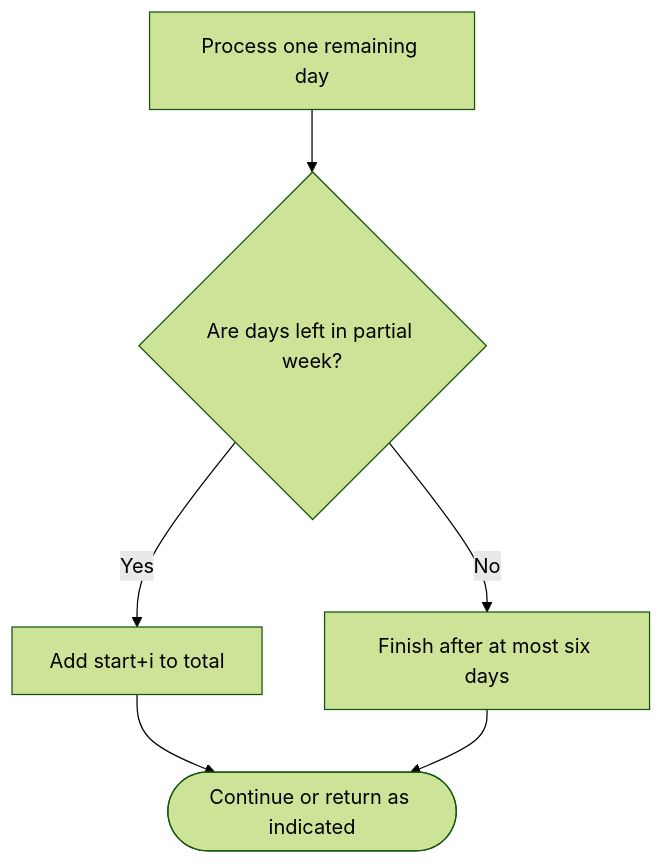
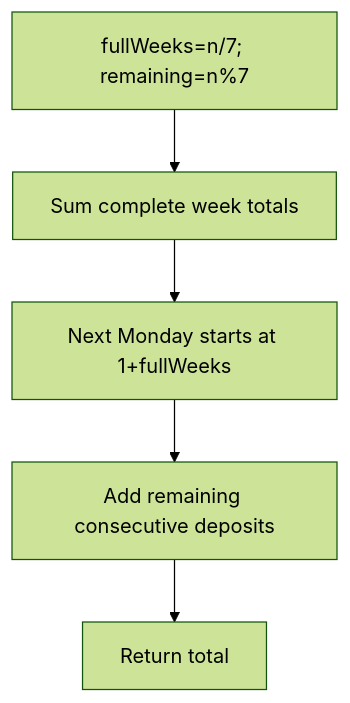
Before and after one commit to SAIDEEPBHANGE/C-CPP-Codes: the diagram in LeetCode/1716/README.md, drawn with Mermaid (forest theme). The commit also changed other lines of this file and 196 other files, not shown here.

````diff
--- a/LeetCode/1716/README.md
+++ b/LeetCode/1716/README.md
@@ -28,8 +28,7 @@
 ```mermaid
 flowchart TD
- A[Process one remaining day] --> B{Are days left in partial week?}
- B -- Yes --> C[Add start+i to total]
- B -- No --> D[Finish after at most six days]
- C --> E([Continue or return as indicated])
- D --> E
+    A[fullWeeks=n/7; remaining=n%7] --> B[Sum complete week totals]
+    B --> C[Next Monday starts at 1+fullWeeks]
+    C --> D[Add remaining consecutive deposits]
+    D --> E[Return total]
 ```
````
